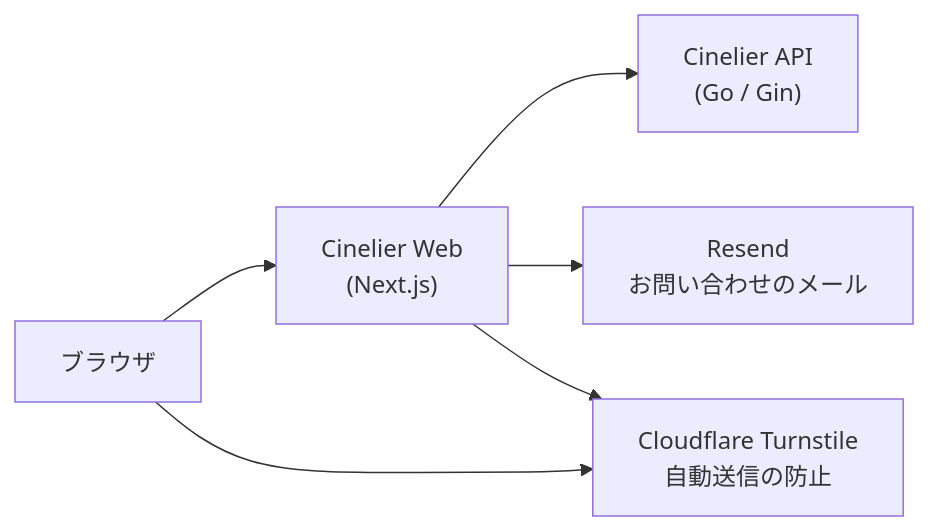
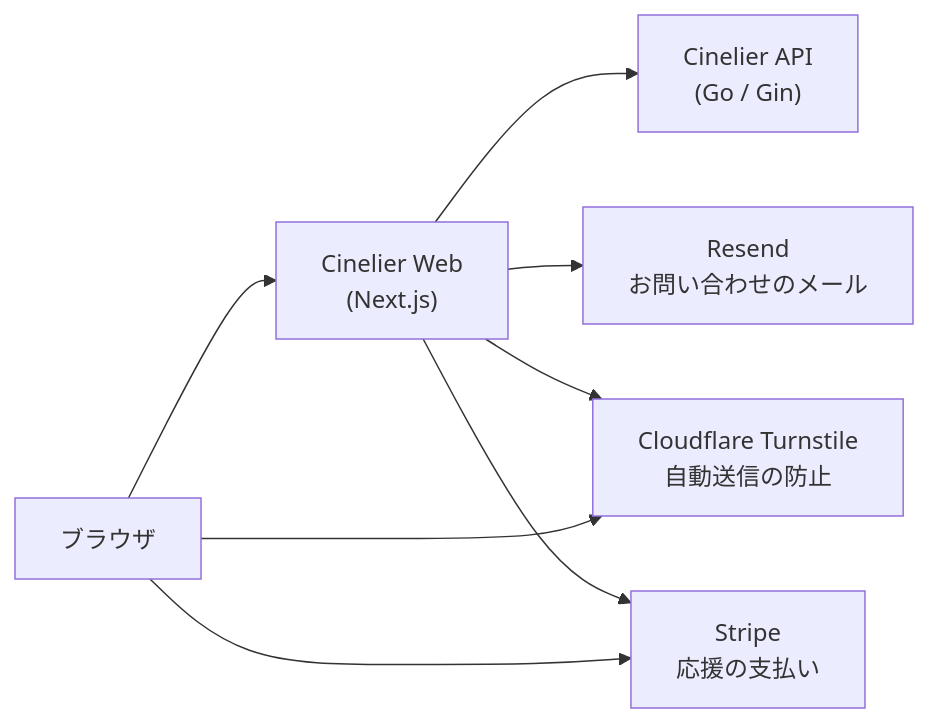
Before and after one commit to masaya-nishimura-09/movie-log: the diagram in README.ja.md, drawn with Mermaid. The commit also changed other lines of this file and 29 other files, not shown here.

````diff
--- a/README.ja.md
+++ b/README.ja.md
@@ -39,8 +39,10 @@
 ```mermaid
 flowchart LR
     browser["ブラウザ"] --> web["Cinelier Web<br/>(Next.js)"]
     web --> api["Cinelier API<br/>(Go / Gin)"]
     web --> resend["Resend<br/>お問い合わせのメール"]
     web --> turnstile["Cloudflare Turnstile<br/>自動送信の防止"]
     browser --> turnstile
+    web --> stripe["Stripe<br/>応援の支払い"]
+    browser --> stripe
 ```
````
